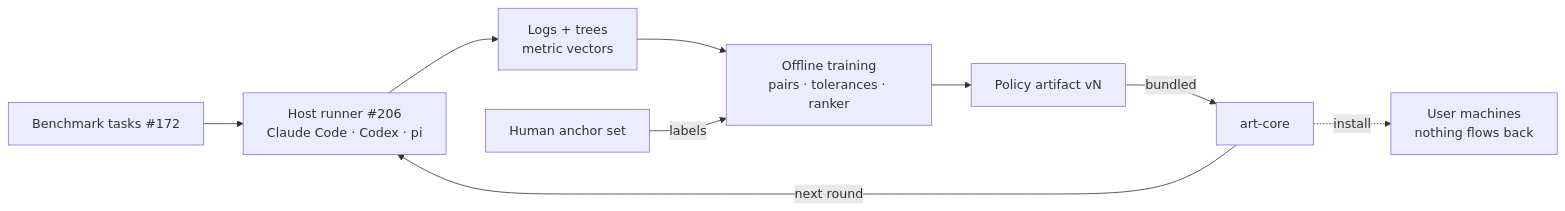
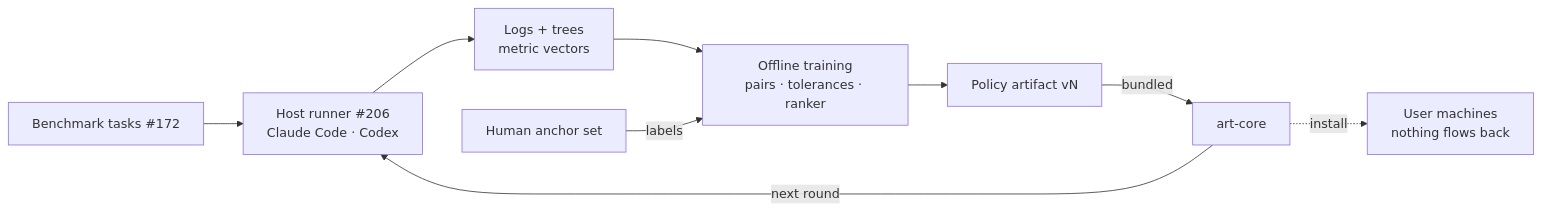
The sixth of 6 diagrams in docs/harness.md (nathansso/agentic_resume_tailoring), drawn with Mermaid before and after one commit. The commit also changed other lines of this file and 4 other files, not shown here.

First line of the commit message:
docs(harness): target Claude Code and Codex only; drop pi and art rpc

````diff
--- a/docs/harness.md
+++ b/docs/harness.md
@@ -377,11 +375,11 @@
 ```mermaid
 flowchart LR
-    T[Benchmark tasks #172] --> R[Host runner #206<br/>Claude Code · Codex · pi]
+    T[Benchmark tasks #172] --> R[Host runner #206<br/>Claude Code · Codex]
     R --> L[Logs + trees<br/>metric vectors]
     L --> TR[Offline training<br/>pairs · tolerances · ranker]
     AN[Human anchor set] -->|labels| TR
     TR --> PA[Policy artifact vN]
     PA -->|bundled| CORE[art-core]
     CORE -->|next round| R
     CORE -.->|install| USR[User machines<br/>nothing flows back]
 ```
````
